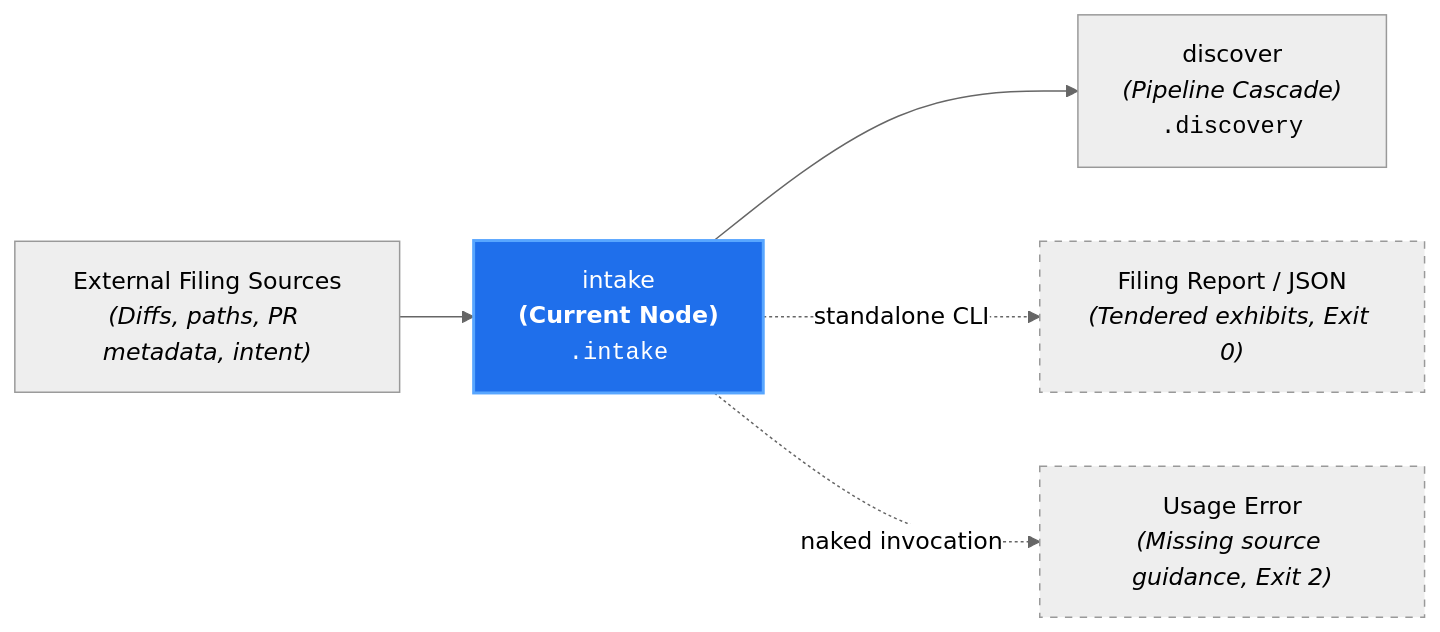
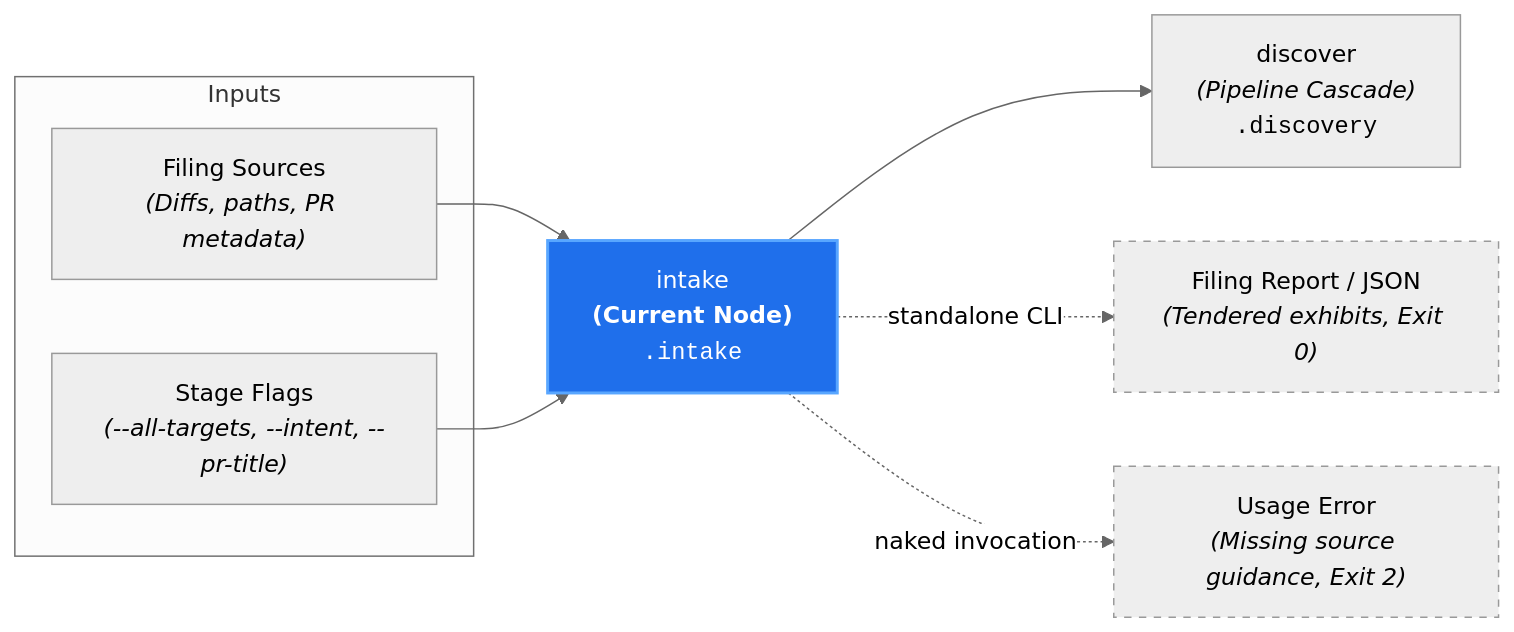
The diagram in docs/architecture/nodes/intake.md (PAIR-code/canon-clerk), drawn with Mermaid (neutral theme) before and after one commit. The commit also changed 8 other files, not shown here.

Commit message:
docs(architecture): enrich localized node diagrams with stage flags and caseload inputs

````diff
--- a/docs/architecture/nodes/intake.md
+++ b/docs/architecture/nodes/intake.md
@@ -21,12 +21,18 @@
 ```mermaid
 flowchart LR
-    Inputs["External Filing Sources<br/><i>(Diffs, paths, PR metadata, intent)</i>"] --> Intake["intake<br/><b>(Current Node)</b><br/><code>.intake</code>"]
+    subgraph Inputs["Inputs"]
+        Sources["Filing Sources<br/><i>(Diffs, paths, PR metadata)</i>"]
+        Params["Stage Flags<br/><i>(--all-targets, --intent, --pr-title)</i>"]
+    end
+
+    Sources --> Intake["intake<br/><b>(Current Node)</b><br/><code>.intake</code>"]
+    Params --> Intake
 
     Intake --> Discover["discover<br/><i>(Pipeline Cascade)</i><br/><code>.discovery</code>"]
     Intake -. "standalone CLI" .-> IntakeReport["Filing Report / JSON<br/><i>(Tendered exhibits, Exit 0)</i>"]
     Intake -. "naked invocation" .-> UsageError["Usage Error<br/><i>(Missing source guidance, Exit 2)</i>"]
 
     style Intake fill:#1f6feb,stroke:#58a6ff,stroke-width:2px,color:#fff
     style IntakeReport stroke-dasharray: 5 5
     style UsageError stroke-dasharray: 5 5
 ```
````
